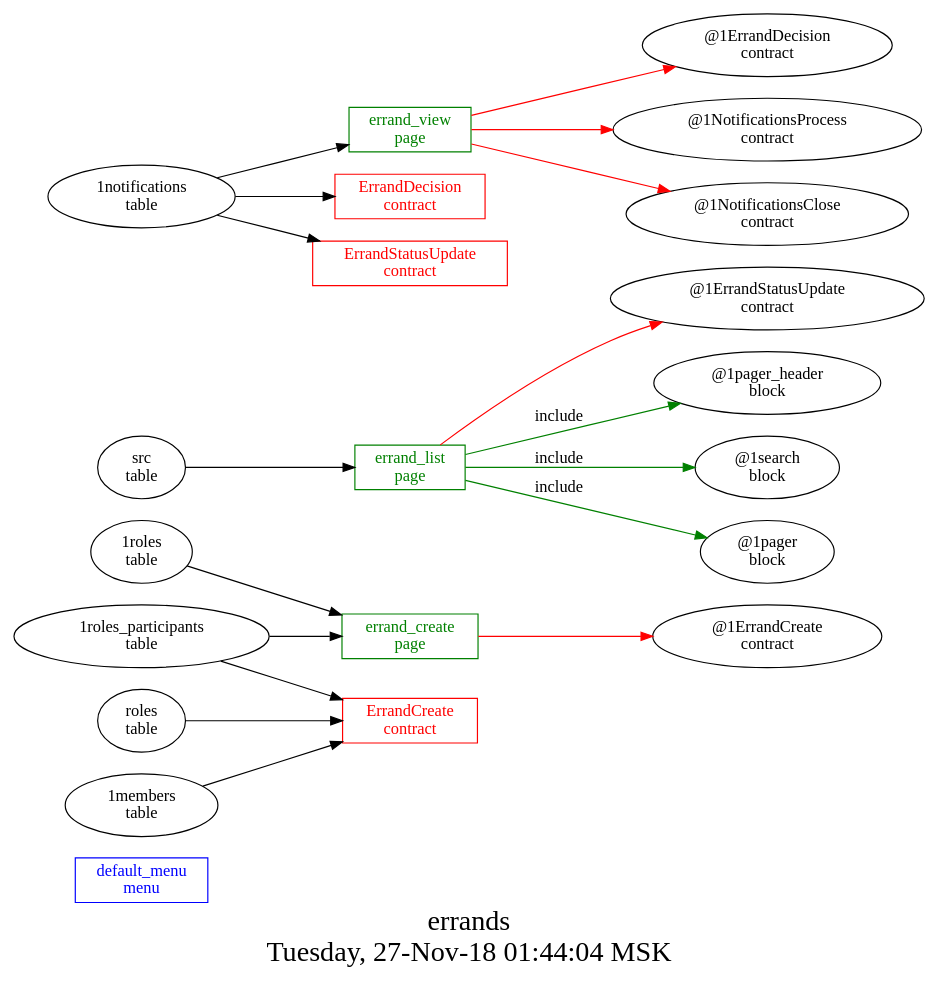
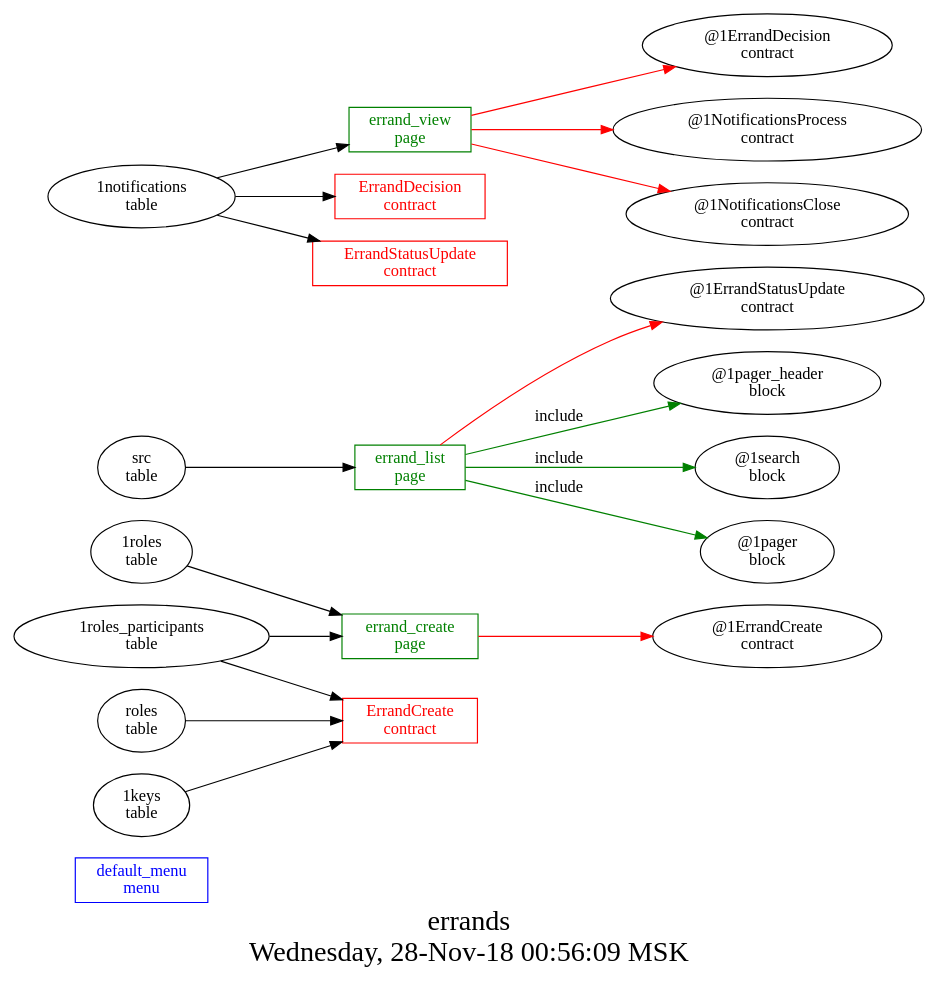
One commit to AplaProject/apps changed the diagram in other/errands/struct.dot. Above: the diagram before and after it, drawn with Graphviz. The commit also changed 10 other files, not shown here.

```diff
--- a/other/errands/struct.dot
+++ b/other/errands/struct.dot
@@ -1,32 +1,32 @@
 digraph G {
 fontsize="24";
-label="errands\nTuesday, 27-Nov-18 01:44:04 MSK";
+label="errands\nWednesday, 28-Nov-18 00:56:09 MSK";
 nojustify=true;
 ordering=out;
 rankdir=LR;
 size="30";
 "default_menu\nmenu" [color=blue, fontcolor=blue, group=menus, shape=record];
 "errand_create\npage" -> "@1ErrandCreate\ncontract"  [ color=red ]
 "1roles\ntable" -> "errand_create\npage"
 "1roles_participants\ntable" -> "errand_create\npage"
 "errand_create\npage" [color=green, fontcolor=green, group=pages, shape=record];
 "errand_list\npage" -> "@1ErrandStatusUpdate\ncontract"  [ color=red ]
 "src\ntable" -> "errand_list\npage"
 "errand_list\npage" -> "@1pager_header\nblock"  [ color=green, label=include ]
 "errand_list\npage" -> "@1search\nblock"  [ color=green, label=include ]
 "errand_list\npage" -> "@1pager\nblock"  [ color=green, label=include ]
 "errand_list\npage" [color=green, fontcolor=green, group=pages, shape=record];
 "errand_view\npage" -> "@1ErrandDecision\ncontract"  [ color=red ]
 "errand_view\npage" -> "@1NotificationsProcess\ncontract"  [ color=red ]
 "errand_view\npage" -> "@1NotificationsClose\ncontract"  [ color=red ]
 "1notifications\ntable" -> "errand_view\npage"
 "errand_view\npage" [color=green, fontcolor=green, group=pages, shape=record];
 "1roles_participants\ntable" -> "ErrandCreate\ncontract"
 "roles\ntable" -> "ErrandCreate\ncontract"
-"1members\ntable" -> "ErrandCreate\ncontract"
+"1keys\ntable" -> "ErrandCreate\ncontract"
 "ErrandCreate\ncontract" [color=red, fontcolor=red, group=contracts, shape=record];
 "1notifications\ntable" -> "ErrandDecision\ncontract"
 "ErrandDecision\ncontract" [color=red, fontcolor=red, group=contracts, shape=record];
 "1notifications\ntable" -> "ErrandStatusUpdate\ncontract"
 "ErrandStatusUpdate\ncontract" [color=red, fontcolor=red, group=contracts, shape=record];
 }
```
